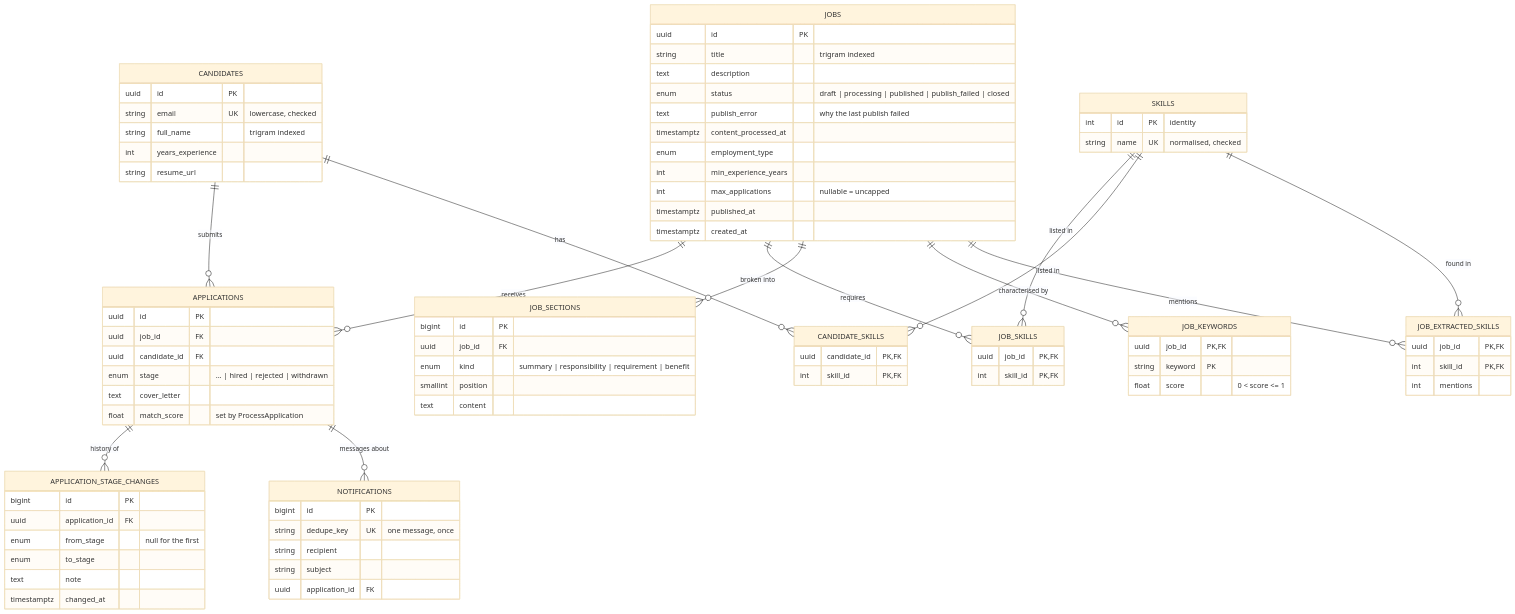
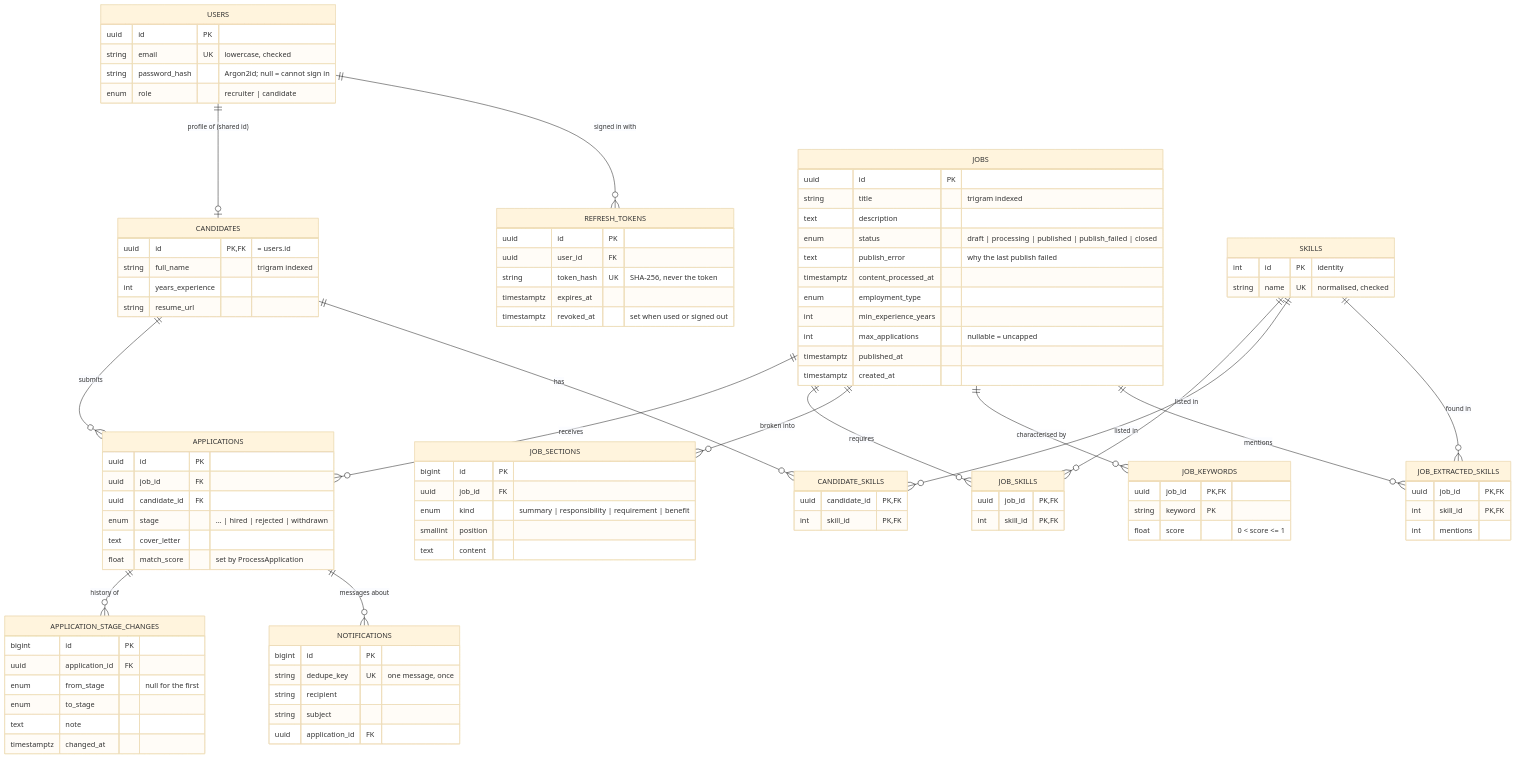
The diagram in docs/DATABASE.md (musman-se/smart-hire), drawn with Mermaid (base theme) before and after one commit. The commit also changed other lines of this file and 6 other files, not shown here.

First line of the commit message:
docs: authentication — decisions, schema, roles, and the remaining gaps

````diff
--- a/docs/DATABASE.md
+++ b/docs/DATABASE.md
@@ -11,5 +11,7 @@
 ```mermaid
 erDiagram
+    USERS ||--o| CANDIDATES : "profile of (shared id)"
+    USERS ||--o{ REFRESH_TOKENS : "signed in with"
     JOBS ||--o{ APPLICATIONS : receives
     CANDIDATES ||--o{ APPLICATIONS : submits
     JOBS ||--o{ JOB_SKILLS : requires
@@ -36,9 +38,21 @@
         timestamptz published_at
         timestamptz created_at
     }
-    CANDIDATES {
+    USERS {
         uuid id PK
         string email UK "lowercase, checked"
+        string password_hash "Argon2id; null = cannot sign in"
+        enum role "recruiter | candidate"
+    }
+    REFRESH_TOKENS {
+        uuid id PK
+        uuid user_id FK
+        string token_hash UK "SHA-256, never the token"
+        timestamptz expires_at
+        timestamptz revoked_at "set when used or signed out"
+    }
+    CANDIDATES {
+        uuid id PK, FK "= users.id"
         string full_name "trigram indexed"
         int years_experience
         string resume_url
````
